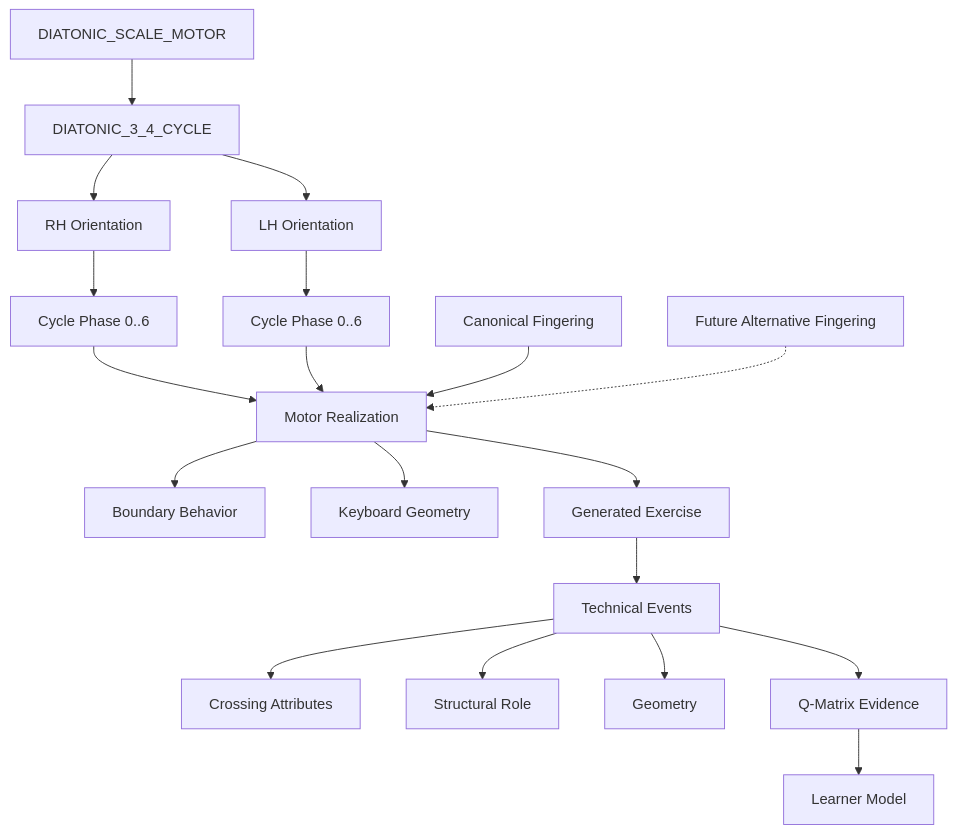
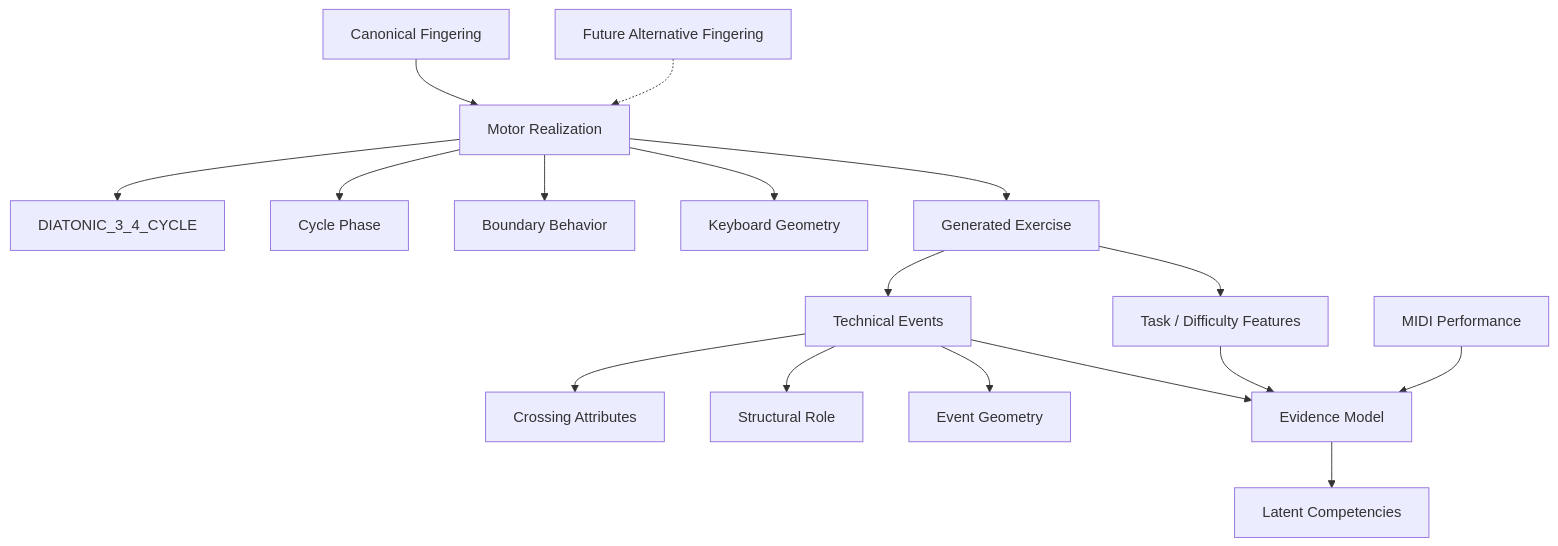
The diagram in docs/scales/motor-taxonomy.md (EarthmanMuons/keyrecall), drawn with Mermaid before and after one commit. The commit also changed other lines of this file, not shown here.

Commit message:
Clarify the motor taxonomy's boundary with the learner model

````diff
--- a/docs/scales/motor-taxonomy.md
+++ b/docs/scales/motor-taxonomy.md
@@ -615,29 +663,24 @@
 ```mermaid
 flowchart TD
-    DSM[DIATONIC_SCALE_MOTOR] --> D34[DIATONIC_3_4_CYCLE]
-
-    D34 --> RH[RH Orientation]
-    D34 --> LH[LH Orientation]
-
-    RH --> RPH[Cycle Phase 0..6]
-    LH --> LPH[Cycle Phase 0..6]
-
-    RPH --> MR[Motor Realization]
-    LPH --> MR
-
-    CF[Canonical Fingering] --> MR
+    CF[Canonical Fingering] --> MR[Motor Realization]
     AF[Future Alternative Fingering] -.-> MR
 
+    MR --> D34[DIATONIC_3_4_CYCLE]
+    MR --> PH[Cycle Phase]
     MR --> BD[Boundary Behavior]
     MR --> GEO[Keyboard Geometry]
 
     MR --> EX[Generated Exercise]
     EX --> TE[Technical Events]
+    EX --> TF[Task / Difficulty Features]
 
     TE --> CR[Crossing Attributes]
     TE --> ST[Structural Role]
-    TE --> GM[Geometry]
+    TE --> GM[Event Geometry]
 
-    TE --> QM[Q-Matrix Evidence]
-    QM --> LM[Learner Model]
+    MIDI[MIDI Performance] --> EM[Evidence Model]
+    TE --> EM
+    TF --> EM
+
+    EM --> LM[Latent Competencies]
 ```
````
